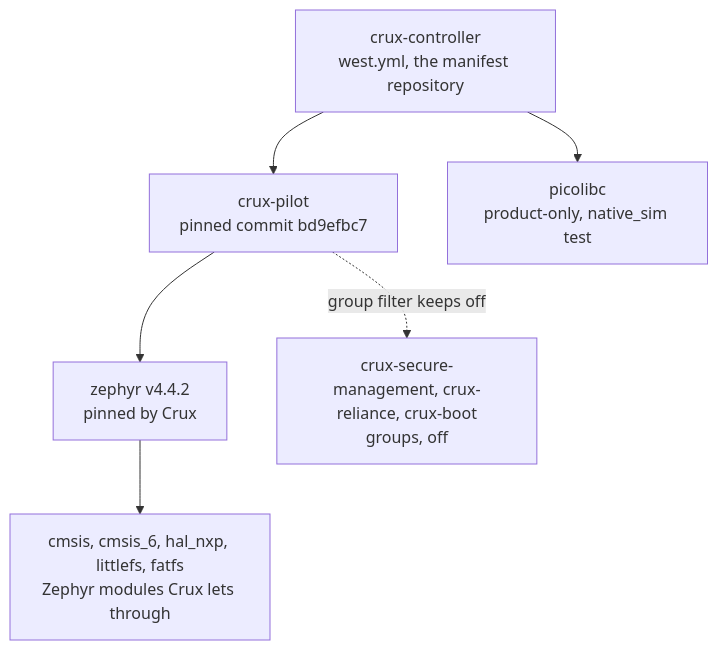
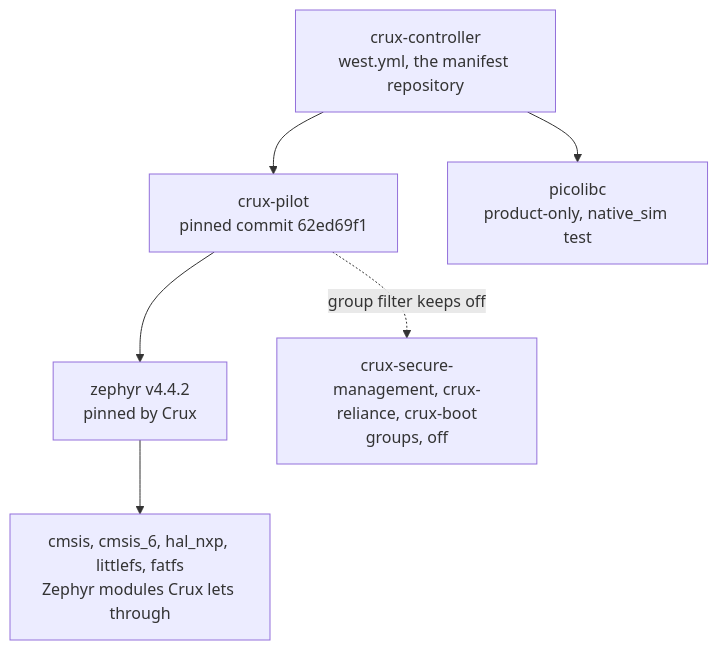
One commit to wonny-labs/crux-controller changed the diagram in docs/dependencies.md. Above: the diagram before and after it, drawn with Mermaid. The commit also changed other lines of this file and 16 other files, not shown here.

First line of the commit message:
build(west): pin crux-pilot to 62ed69f1

````diff
--- a/docs/dependencies.md
+++ b/docs/dependencies.md
@@ -16,14 +16,14 @@
 ```mermaid
 flowchart TD
     CC["crux-controller<br/>west.yml, the manifest repository"]
-    CP["crux-pilot<br/>pinned commit bd9efbc7"]
+    CP["crux-pilot<br/>pinned commit 62ed69f1"]
     ZP["zephyr v4.4.2<br/>pinned by Crux"]
     MOD["cmsis, cmsis_6, hal_nxp, littlefs, fatfs<br/>Zephyr modules Crux lets through"]
     PL["picolibc<br/>product-only, native_sim test"]
     OFF["crux-secure-management, crux-reliance, crux-boot<br/>groups, off"]
     CC --> CP
     CC --> PL
     CP --> ZP
     ZP --> MOD
     CP -. "group filter keeps off" .-> OFF
 ```
````
